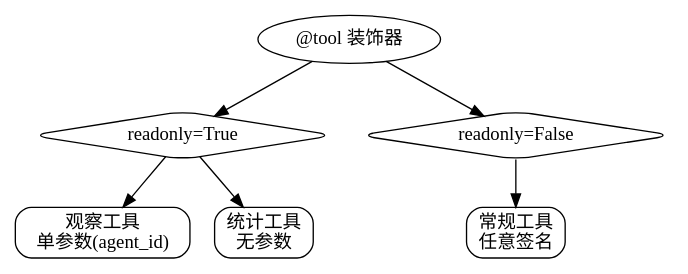
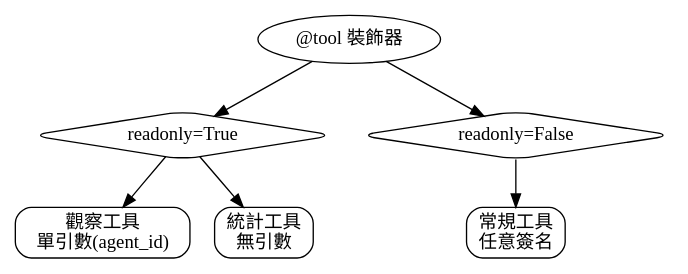
The third of 4 diagrams in agentsociety/packages/agentsociety2/docs/concepts.rst (HandsomeGod0516/HellowGodWorld), drawn with Graphviz before and after one commit. The commit also changed other lines of this file and 654 other files, not shown here.

```diff
--- a/agentsociety/packages/agentsociety2/docs/concepts.rst
+++ b/agentsociety/packages/agentsociety2/docs/concepts.rst
@@ -203,26 +203,26 @@
 .. graphviz::
 
    digraph tool_hierarchy {
        rankdir=TB;
        node [shape=box, style=rounded];
 
-       Root [label="@tool 装饰器", shape=ellipse];
+       Root [label="@tool 裝飾器", shape=ellipse];
 
        Readonly [label="readonly=True", shape=diamond];
        Readwrite [label="readonly=False", shape=diamond];
 
        Observe [label="kind='observe'", shape=box];
        Statistics [label="kind='statistics'", shape=box];
        Regular [label="kind=None", shape=box];
 
        Root -> Readonly;
        Root -> Readwrite;
 
        Readonly -> Observe;
        Readonly -> Statistics;
        Readwrite -> Regular;
 
-       Observe [label="观察工具\n单参数(agent_id)"];
-       Statistics [label="统计工具\n无参数"];
-       Regular [label="常规工具\n任意签名"];
+       Observe [label="觀察工具\n單引數(agent_id)"];
+       Statistics [label="統計工具\n無引數"];
+       Regular [label="常規工具\n任意簽名"];
    }
```
